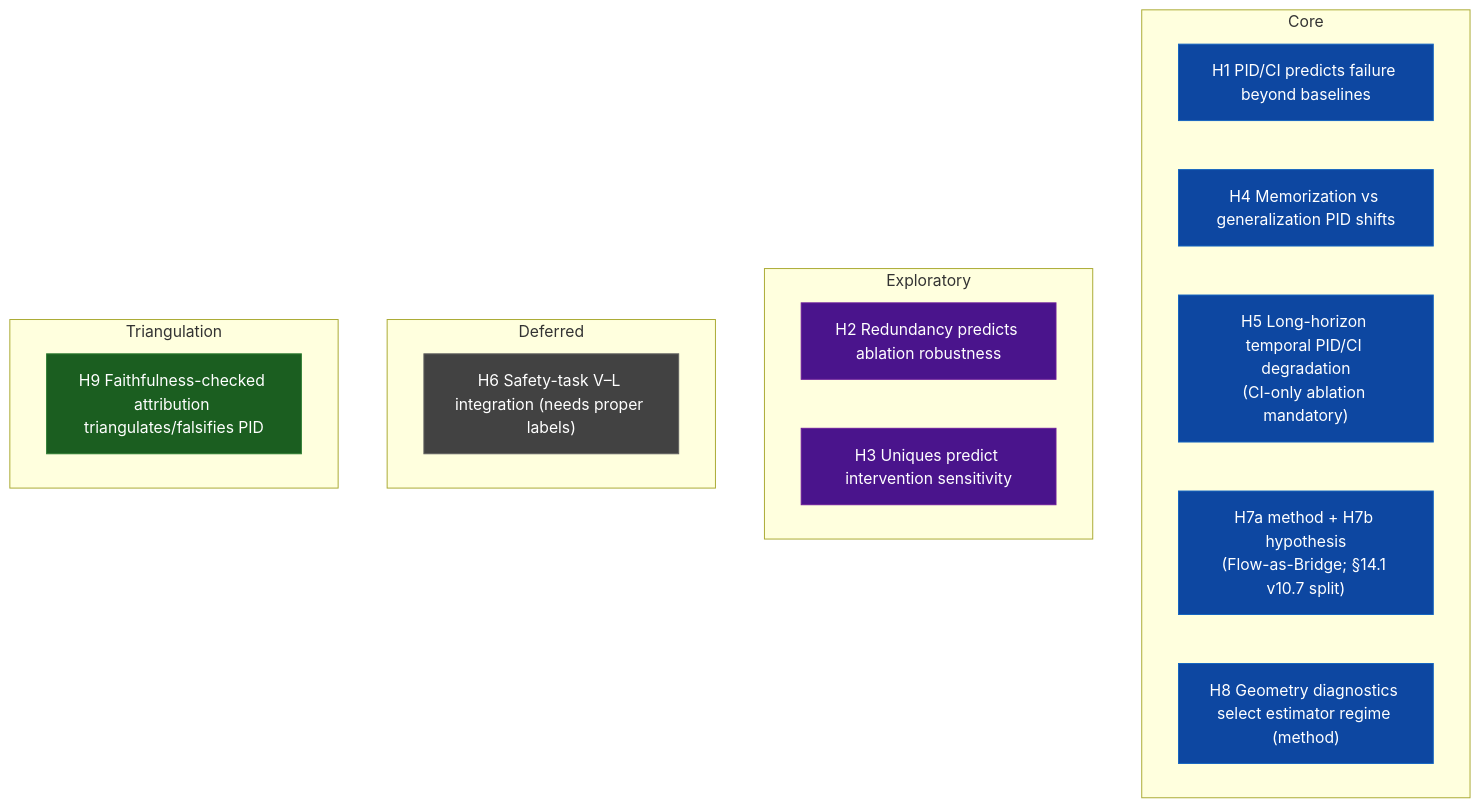
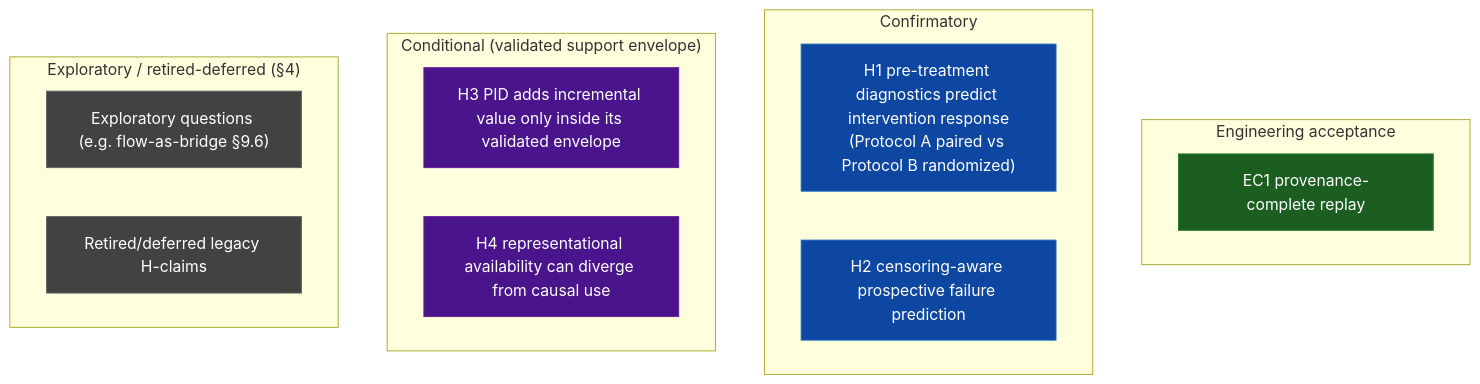
Before and after one commit to sepahead/prisoma: the second of 18 diagrams in DIAGRAMS.md, drawn with Mermaid. The commit also changed other lines of this file and 22 other files, not shown here.

````diff
--- a/DIAGRAMS.md
+++ b/DIAGRAMS.md
@@ -66,28 +68,26 @@
 ```mermaid
 flowchart TB
     classDef core fill:#0d47a1,stroke:#1565c0,color:#fff;
-    classDef expl fill:#4a148c,stroke:#6a1b9a,color:#fff;
+    classDef eng fill:#1b5e20,stroke:#2e7d32,color:#fff;
+    classDef cond fill:#4a148c,stroke:#6a1b9a,color:#fff;
     classDef defer fill:#424242,stroke:#616161,color:#fff;
-    classDef tri fill:#1b5e20,stroke:#2e7d32,color:#fff;
 
-    subgraph Core["Core"]
-        H1["H1 PID/CI predicts failure beyond baselines"]:::core
-        H4["H4 Memorization vs generalization PID shifts"]:::core
-        H5["H5 Long-horizon temporal PID/CI degradation<br/>(CI-only ablation mandatory)"]:::core
-        H7["H7a method + H7b hypothesis<br/>(Flow-as-Bridge; §14.1 v10.7 split)"]:::core
-        H8["H8 Geometry diagnostics select estimator regime (method)"]:::core
+    subgraph Engineering["Engineering acceptance"]
+        EC1["EC1 provenance-complete replay"]:::eng
     end
 
-    subgraph Exploratory["Exploratory"]
-        H2["H2 Redundancy predicts ablation robustness"]:::expl
-        H3["H3 Uniques predict intervention sensitivity"]:::expl
+    subgraph Confirmatory["Confirmatory"]
+        H1["H1 pre-treatment diagnostics predict intervention response<br/>(Protocol A paired vs Protocol B randomized)"]:::core
+        H2["H2 censoring-aware prospective failure prediction"]:::core
     end
 
-    subgraph Deferred["Deferred"]
-        H6["H6 Safety-task V–L integration (needs proper labels)"]:::defer
+    subgraph Conditional["Conditional (validated support envelope)"]
+        H3["H3 PID adds incremental value only inside its validated envelope"]:::cond
+        H4["H4 representational availability can diverge from causal use"]:::cond
     end
 
-    subgraph Triangulation["Triangulation"]
-        H9["H9 Faithfulness-checked attribution triangulates/falsifies PID"]:::tri
+    subgraph ExplDefer["Exploratory / retired-deferred (§4)"]
+        EXP["Exploratory questions (e.g. flow-as-bridge §9.6)"]:::defer
+        RET["Retired/deferred legacy H-claims"]:::defer
     end
 ```
````
